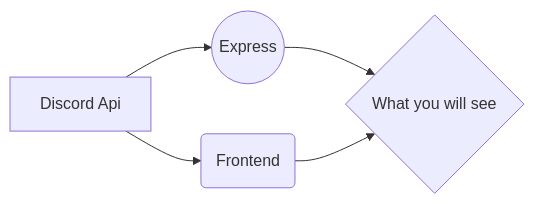
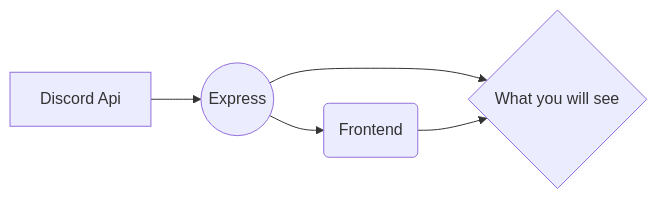
One commit to rupandhungana/discordauth-react-express changed the diagram in README.md. Above: the diagram before and after it, drawn with Mermaid.

````diff
--- a/README.md
+++ b/README.md
@@ -5,7 +5,7 @@
 ```mermaid
 graph LR
 A[Discord Api]  --> B((Express))
-A --> C(Frontend)
+B --> C(Frontend)
 B --> D{What you will see}
 C --> D
 ```
````
